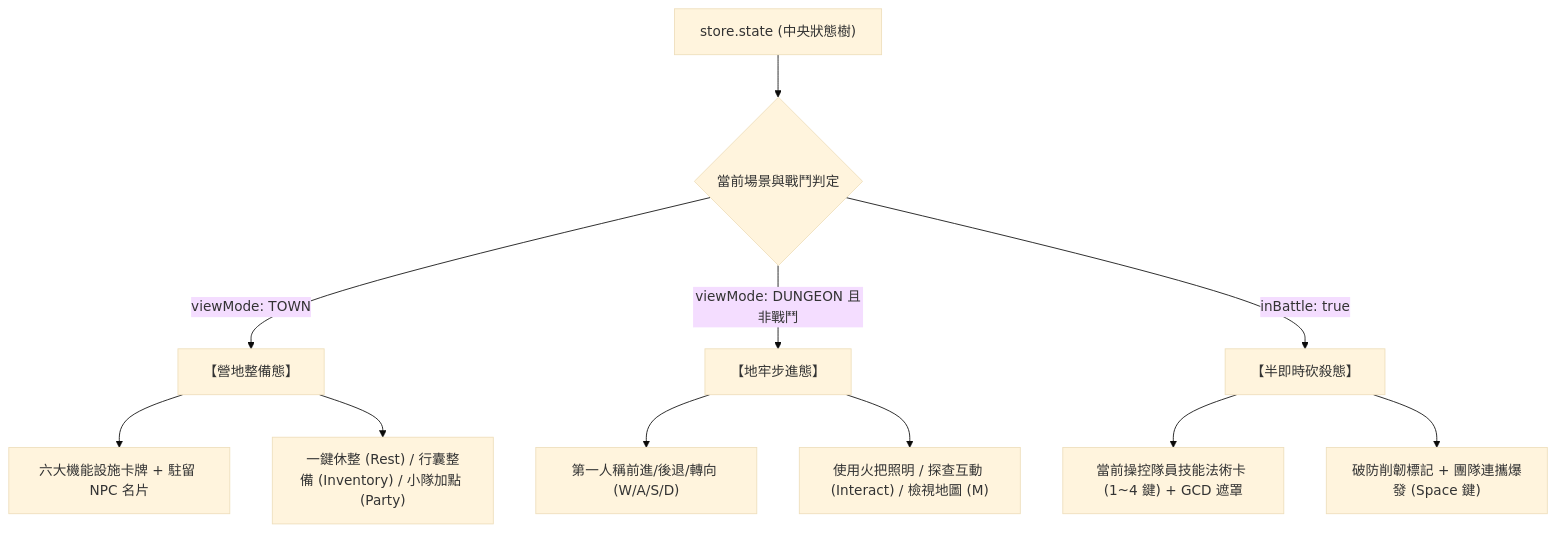
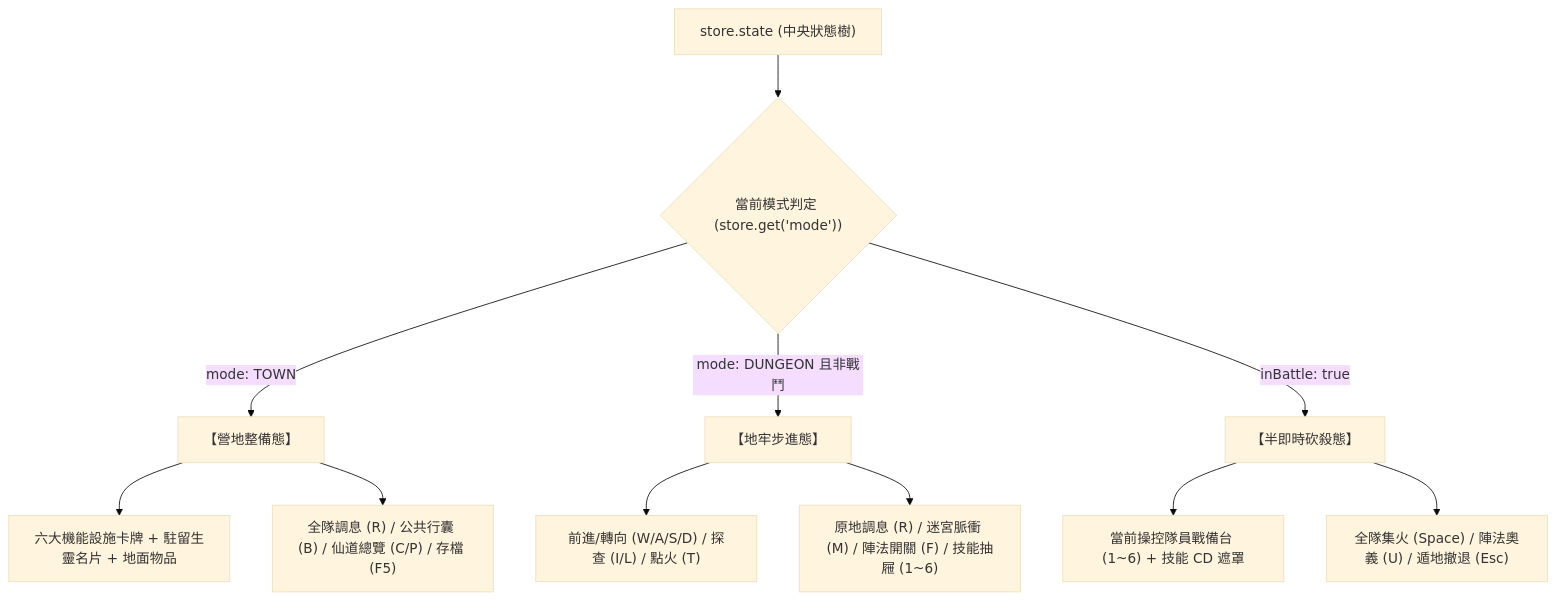
Before and after one commit to FTC-johnchien/practice_mud: the diagram in docs/2_specifications/frontend/FE4_TOWN_HUB_AND_ACTION_BAR.md, drawn with Mermaid (base theme). The commit also changed other lines of this file and 74 other files, not shown here.

````diff
--- a/docs/2_specifications/frontend/FE4_TOWN_HUB_AND_ACTION_BAR.md
+++ b/docs/2_specifications/frontend/FE4_TOWN_HUB_AND_ACTION_BAR.md
@@ -15,16 +15,16 @@
 ```mermaid
 graph TD
-    StoreState["store.state (中央狀態樹)"] --> StateCheck{"當前場景與戰鬥判定"}
+    StoreState["store.state (中央狀態樹)"] --> StateCheck{"當前模式判定 (store.get('mode'))"}
     
-    StateCheck -- viewMode: TOWN --> ModeTown["【營地整備態】"]
-    ModeTown --> TownHub["六大機能設施卡牌 + 駐留 NPC 名片"]
-    ModeTown --> TownBar["一鍵休整 (Rest) / 行囊整備 (Inventory) / 小隊加點 (Party)"]
+    StateCheck -- mode: TOWN --> ModeTown["【營地整備態】"]
+    ModeTown --> TownHub["六大機能設施卡牌 + 駐留生靈名片 + 地面物品"]
+    ModeTown --> TownBar["全隊調息 (R) / 公共行囊 (B) / 仙道總覽 (C/P) / 存檔 (F5)"]
     
-    StateCheck -- viewMode: DUNGEON 且非戰鬥 --> ModeDungeon["【地牢步進態】"]
-    ModeDungeon --> DpNav["第一人稱前進/後退/轉向 (W/A/S/D)"]
-    ModeDungeon --> DpTorch["使用火把照明 / 探查互動 (Interact) / 檢視地圖 (M)"]
+    StateCheck -- mode: DUNGEON 且非戰鬥 --> ModeDungeon["【地牢步進態】"]
+    ModeDungeon --> DpNav["前進/轉向 (W/A/S/D) / 探查 (I/L) / 點火 (T)"]
+    ModeDungeon --> DpTorch["原地調息 (R) / 迷宮脈衝 (M) / 陣法開關 (F) / 技能抽屜 (1~6)"]
     
     StateCheck -- inBattle: true --> ModeCombat["【半即時砍殺態】"]
-    ModeCombat --> CombatSkills["當前操控隊員技能法術卡 (1~4 鍵) + GCD 遮罩"]
-    ModeCombat --> CombatCombo["破防削韌標記 + 團隊連攜爆發 (Space 鍵)"]
+    ModeCombat --> CombatSkills["當前操控隊員戰備台 (1~6) + 技能 CD 遮罩"]
+    ModeCombat --> CombatCombo["全隊集火 (Space) / 陣法奧義 (U) / 遁地撤退 (Esc)"]
 ```
````
